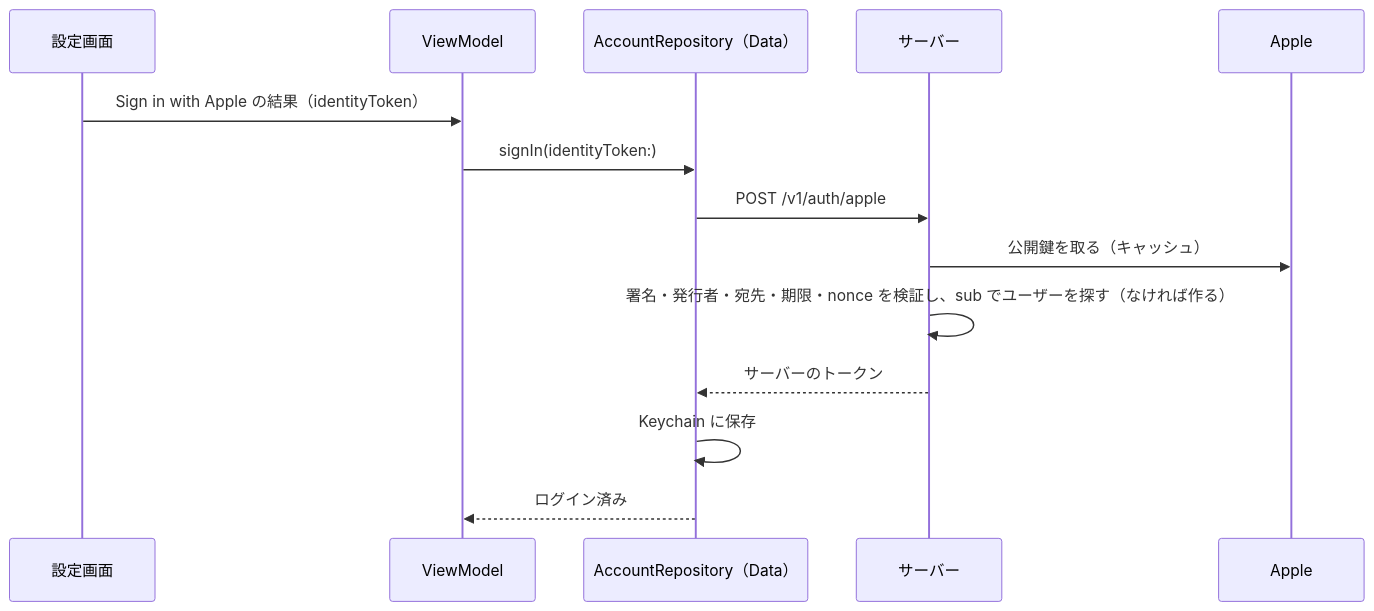
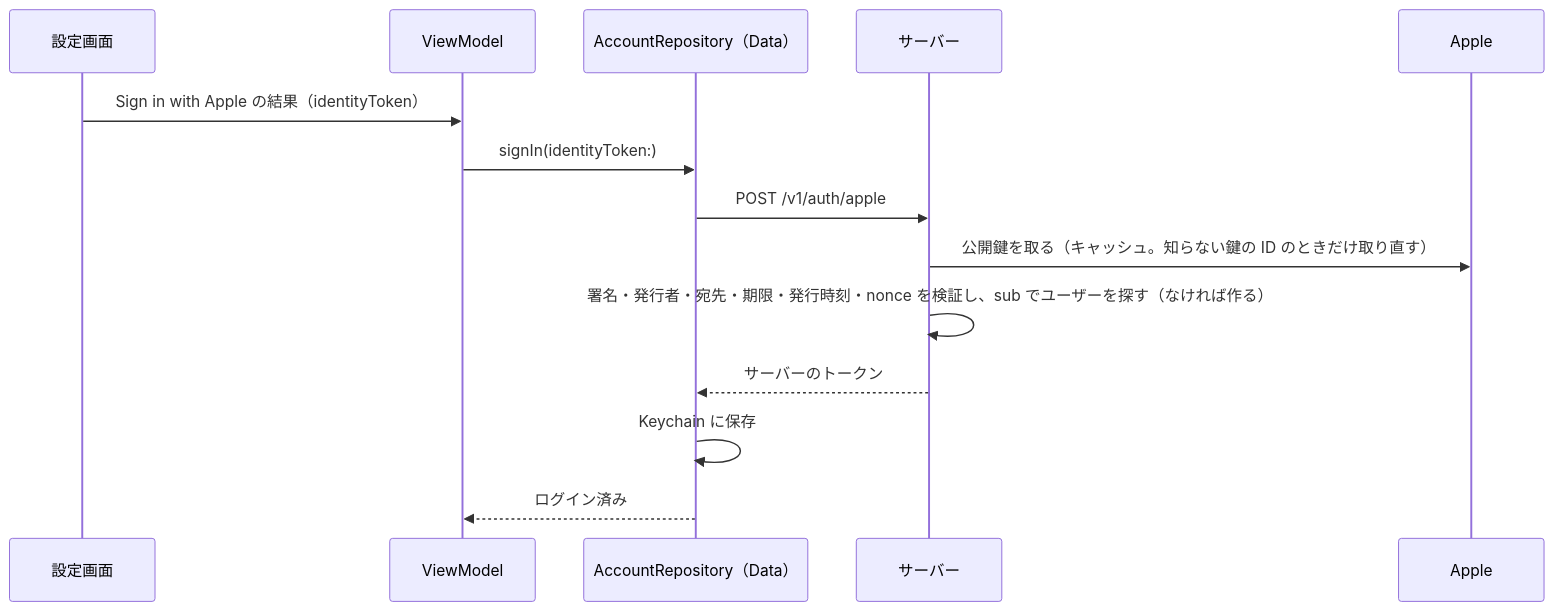
Before and after one commit to omomi-moti/Karaoke_support: the second of 2 diagrams in docs/backend_design.md, drawn with Mermaid. The commit also changed other lines of this file and 6 other files, not shown here.

````diff
--- a/docs/backend_design.md
+++ b/docs/backend_design.md
@@ -152,16 +154,16 @@
 ```mermaid
 sequenceDiagram
     participant V as 設定画面
     participant VM as ViewModel
     participant R as AccountRepository（Data）
     participant S as サーバー
     participant A as Apple
     V->>VM: Sign in with Apple の結果（identityToken）
     VM->>R: signIn(identityToken:)
     R->>S: POST /v1/auth/apple
-    S->>A: 公開鍵を取る（キャッシュ）
-    S->>S: 署名・発行者・宛先・期限・nonce を検証し、sub でユーザーを探す（なければ作る）
+    S->>A: 公開鍵を取る（キャッシュ。知らない鍵の ID のときだけ取り直す）
+    S->>S: 署名・発行者・宛先・期限・発行時刻・nonce を検証し、sub でユーザーを探す（なければ作る）
     S-->>R: サーバーのトークン
     R->>R: Keychain に保存
     R-->>VM: ログイン済み
 ```
````
